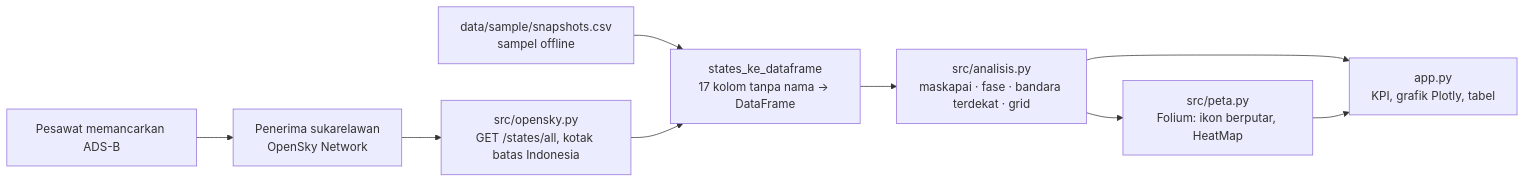
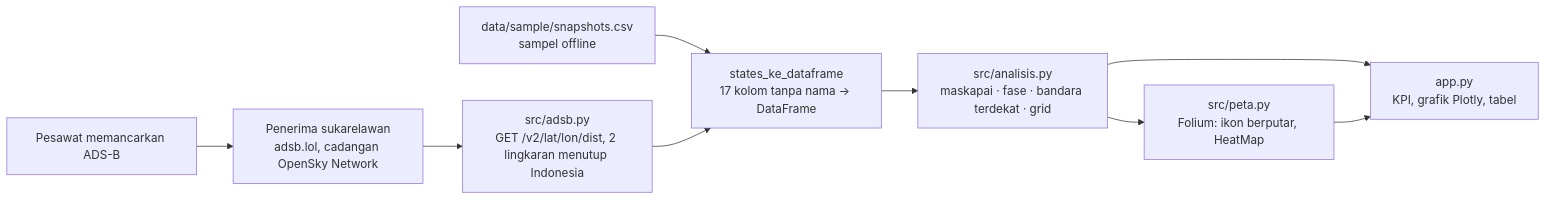
The diagram in README.md (Avalon2222/who-owns-the-sky), drawn with Mermaid before and after one commit. The commit also changed other lines of this file and 7 other files, not shown here.

Commit message:
Ganti sumber live ke adsb.lol, OpenSky jadi cadangan

````diff
--- a/README.md
+++ b/README.md
@@ -78,11 +81,11 @@
 ```mermaid
 flowchart LR
-    A[Pesawat memancarkan ADS-B] --> B[Penerima sukarelawan<br/>OpenSky Network]
-    B --> C[src/opensky.py<br/>GET /states/all, kotak batas Indonesia]
+    A[Pesawat memancarkan ADS-B] --> B[Penerima sukarelawan<br/>adsb.lol, cadangan OpenSky Network]
+    B --> C[src/adsb.py<br/>GET /v2/lat/lon/dist, 2 lingkaran menutup Indonesia]
     S[data/sample/snapshots.csv<br/>sampel offline] --> D
     C --> D[states_ke_dataframe<br/>17 kolom tanpa nama → DataFrame]
     D --> E[src/analisis.py<br/>maskapai · fase · bandara terdekat · grid]
     E --> F[src/peta.py<br/>Folium: ikon berputar, HeatMap]
     E --> G[app.py<br/>KPI, grafik Plotly, tabel]
     F --> G
 ```
````
